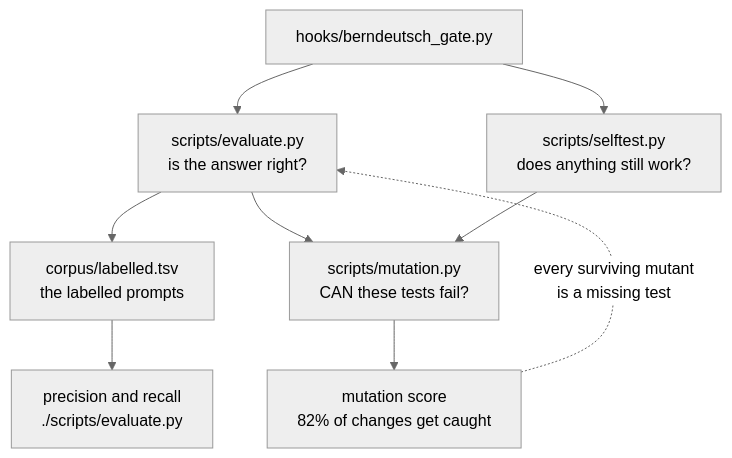
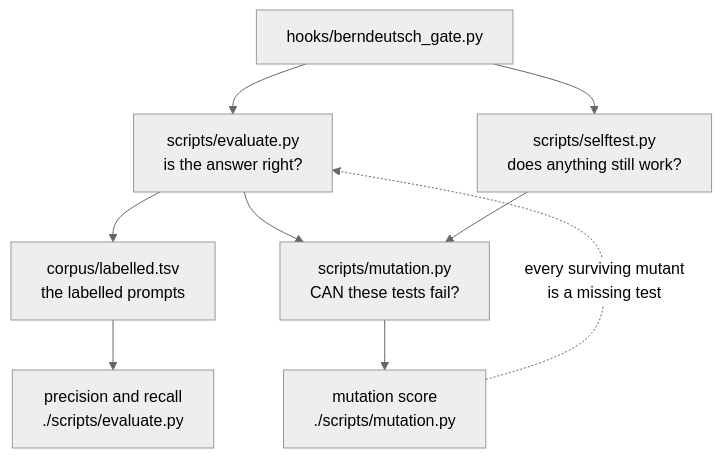
One commit to sapn95/berndeutsch-for-ai changed the second of 3 diagrams in README.md. Above: the diagram before and after it, drawn with Mermaid (neutral theme). The commit also changed other lines of this file and 6 other files, not shown here.

````diff
--- a/README.md
+++ b/README.md
@@ -193,14 +193,14 @@
 ```mermaid
 flowchart TD
     CODE["hooks/berndeutsch_gate.py"]
 
     CODE --> EV["scripts/evaluate.py<br/>is the answer right?"]
     CODE --> ST["scripts/selftest.py<br/>does anything still work?"]
     EV --> LAB["corpus/labelled.tsv<br/>the labelled prompts"]
     LAB --> NUM["precision and recall<br/>./scripts/evaluate.py"]
 
     EV --> MUT["scripts/mutation.py<br/>CAN these tests fail?"]
     ST --> MUT
-    MUT --> SCORE["mutation score<br/>82% of changes get caught"]
+    MUT --> SCORE["mutation score<br/>./scripts/mutation.py"]
     SCORE -.->|"every surviving mutant<br/>is a missing test"| EV
 ```
````
